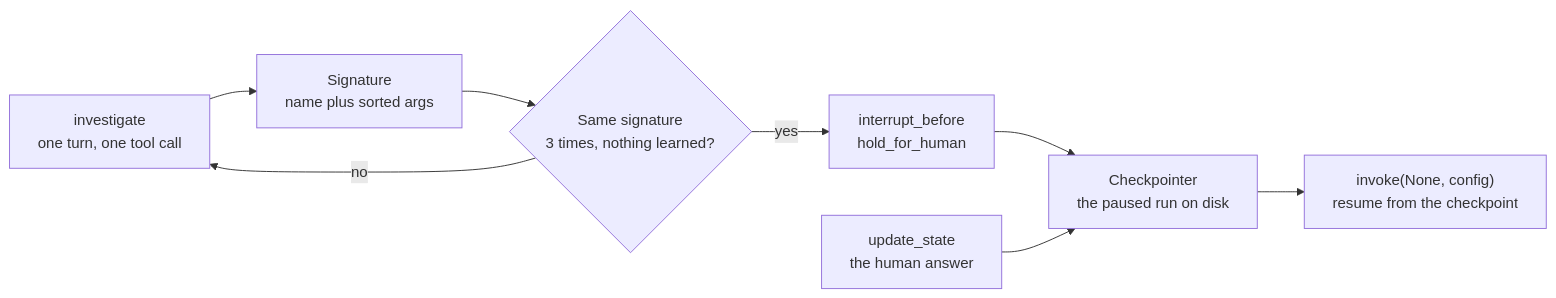
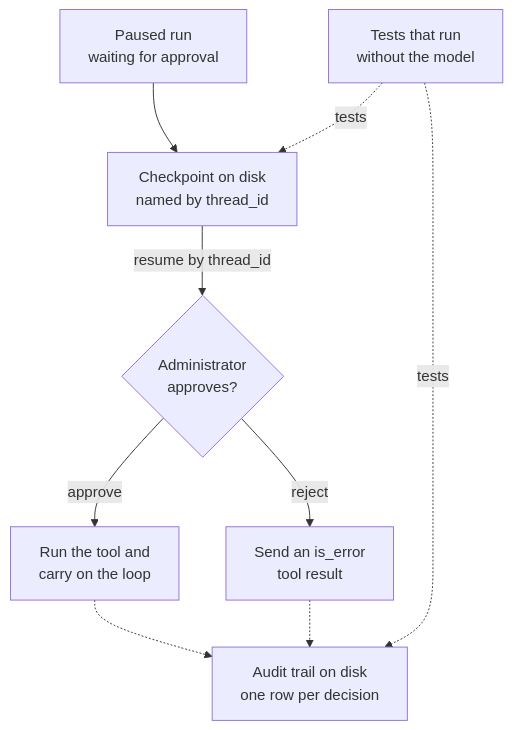
Before and after one commit to learnwithparam/ai-engineering-vaults: the diagram in 12-human-in-the-loop-governance/diagrams/pause-and-resume.mmd, drawn with Mermaid. The commit also changed 1273 other files, not shown here.

First line of the commit message:
Make every vault one course notebook, built step by step, with gates that hold the shape

```diff
--- a/12-human-in-the-loop-governance/diagrams/pause-and-resume.mmd
+++ b/12-human-in-the-loop-governance/diagrams/pause-and-resume.mmd
@@ -1,15 +1,21 @@
-graph LR
-  I["investigate<br/>one turn, one tool call"]:::model
-  S["Signature<br/>name plus sorted args"]:::decision
-  C{"Same signature<br/>3 times, nothing learned?"}:::decision
-  K["Checkpointer<br/>the paused run on disk"]:::store
-  P["interrupt_before<br/>hold_for_human"]:::risk
-  A["update_state<br/>the human answer"]:::input
-  R["invoke(None, config)<br/>resume from the checkpoint"]:::output
+graph TD
+  P["Paused run<br/>waiting for approval"]:::risk
+  C["Checkpoint on disk<br/>named by thread_id"]:::store
+  A{"Administrator<br/>approves?"}:::decision
+  RUN["Run the tool and<br/>carry on the loop"]:::output
+  E["Send an is_error<br/>tool result"]:::risk
+  B["Audit trail on disk<br/>one row per decision"]:::store
+  X["Tests that run<br/>without the model"]:::decision
 
-  I --> S --> C
-  C -->|"no"| I
-  C -->|"yes"| P
-  P --> K
-  A --> K
-  K --> R
+  P --> C
+  C -->|"resume by thread_id"| A
+  A -->|"approve"| RUN
+  A -->|"reject"| E
+  RUN -.-> B
+  E -.-> B
+  X -.->|"tests"| C
+  X -.->|"tests"| B
+
+%% step 1: P C A RUN E
+%% step 2: B
+%% step 3: X
```
